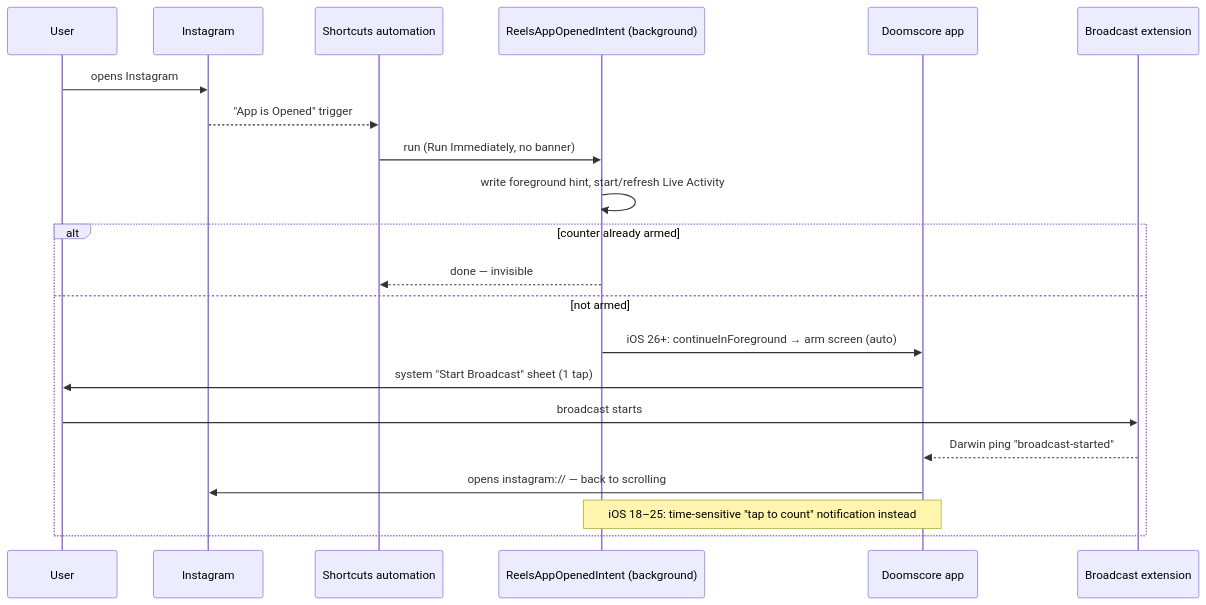
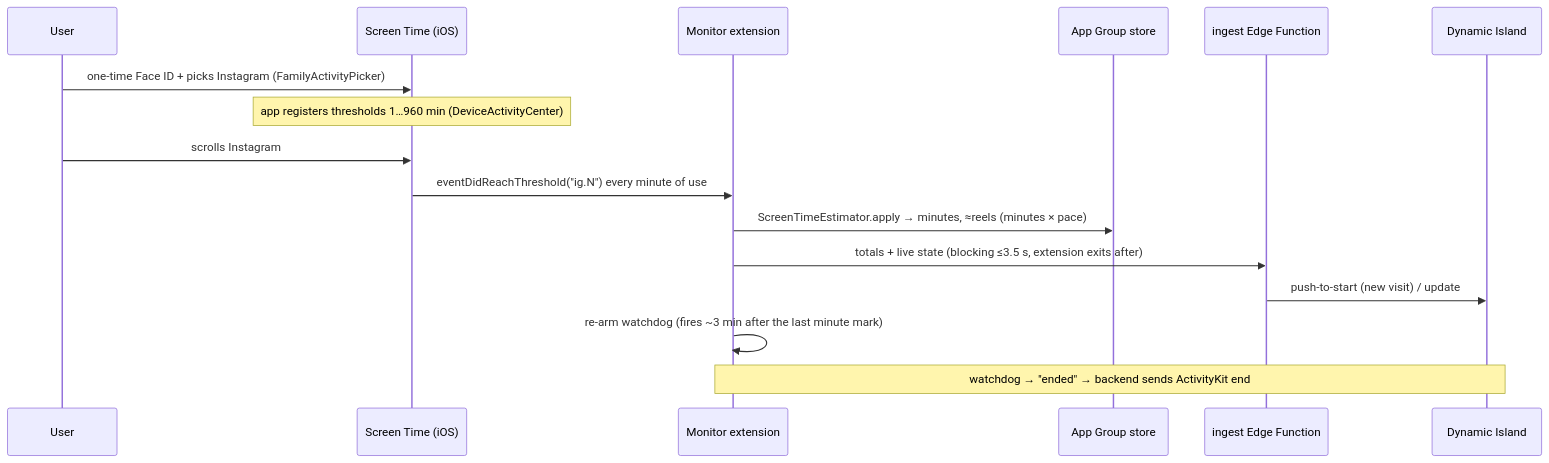
The first of 2 diagrams in docs/IOS_ARCHITECTURE.md (berlinflix/doomscore), drawn with Mermaid before and after one commit. The commit also changed other lines of this file and 46 other files, not shown here.

First line of the commit message:
Add Screen Time auto mode, fix precise-mode over-counting, redesign the Dynamic Island

````diff
--- a/docs/IOS_ARCHITECTURE.md
+++ b/docs/IOS_ARCHITECTURE.md
@@ -16,23 +19,18 @@
 ```mermaid
 sequenceDiagram
     participant U as User
-    participant IG as Instagram
-    participant SC as Shortcuts automation
-    participant I as ReelsAppOpenedIntent (background)
-    participant A as Doomscore app
-    participant X as Broadcast extension
-    U->>IG: opens Instagram
-    IG-->>SC: "App is Opened" trigger
-    SC->>I: run (Run Immediately, no banner)
-    I->>I: write foreground hint, start/refresh Live Activity
-    alt counter already armed
-        I-->>SC: done — invisible
-    else not armed
-        I->>A: iOS 26+: continueInForeground → arm screen (auto)
-        A->>U: system "Start Broadcast" sheet (1 tap)
-        U->>X: broadcast starts
-        X-->>A: Darwin ping "broadcast-started"
-        A->>IG: opens instagram:// — back to scrolling
-        Note over I,A: iOS 18–25: time-sensitive "tap to count" notification instead
-    end
+    participant ST as Screen Time (iOS)
+    participant M as Monitor extension
+    participant S as App Group store
+    participant B as ingest Edge Function
+    participant LA as Dynamic Island
+    U->>ST: one-time Face ID + picks Instagram (FamilyActivityPicker)
+    Note over ST: app registers thresholds 1…960 min (DeviceActivityCenter)
+    U->>ST: scrolls Instagram
+    ST->>M: eventDidReachThreshold("ig.N") every minute of use
+    M->>S: ScreenTimeEstimator.apply → minutes, ≈reels (minutes × pace)
+    M->>B: totals + live state (blocking ≤3.5 s, extension exits after)
+    B->>LA: push-to-start (new visit) / update
+    M->>M: re-arm watchdog (fires ~3 min after the last minute mark)
+    Note over M,LA: watchdog → "ended" → backend sends ActivityKit end
 ```
````
